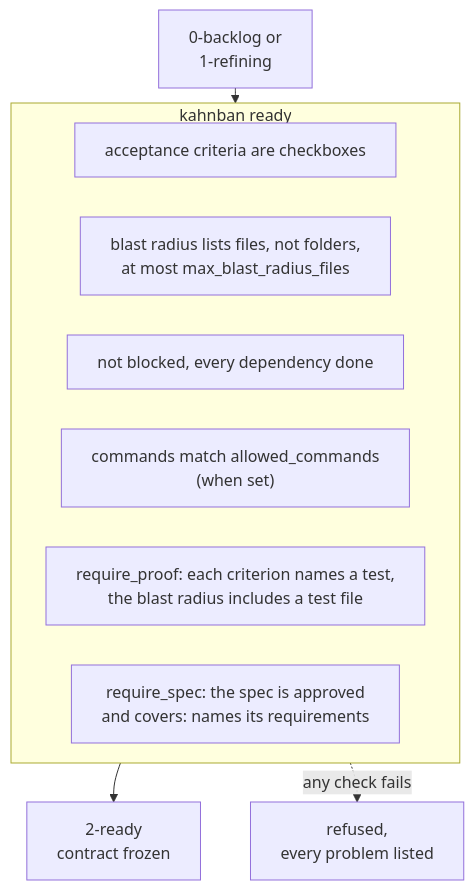
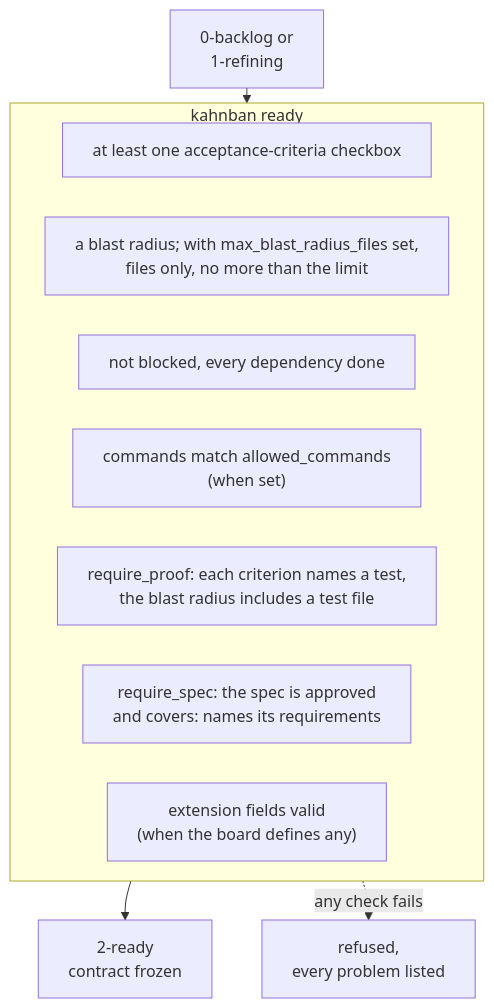
The first of 9 diagrams in docs/how-it-works.md (HeWhoRoams/Kahnban), drawn with Mermaid before and after one commit. The commit also changed other lines of this file and 1 other file, not shown here.

First line of the commit message:
docs: make the gate diagrams match the engine

````diff
--- a/docs/how-it-works.md
+++ b/docs/how-it-works.md
@@ -20,23 +20,24 @@
 ```mermaid
 ---
 config:
   flowchart:
     useMaxWidth: false
     rankSpacing: 15
     wrappingWidth: 400
 ---
 flowchart TD
   from["0-backlog or<br/>1-refining"] --> gate
   subgraph gate["kahnban ready"]
     direction TB
-    r1["acceptance criteria are checkboxes"]
-    r2["blast radius lists files, not folders,<br/>at most max_blast_radius_files"]
+    r1["at least one acceptance-criteria checkbox"]
+    r2["a blast radius; with max_blast_radius_files set,<br/>files only, no more than the limit"]
     r3["not blocked, every dependency done"]
     r4["commands match allowed_commands<br/>(when set)"]
     r5["require_proof: each criterion names a test,<br/>the blast radius includes a test file"]
     r6["require_spec: the spec is approved<br/>and covers: names its requirements"]
-    r1 ~~~ r2 ~~~ r3 ~~~ r4 ~~~ r5 ~~~ r6
+    r7["extension fields valid<br/>(when the board defines any)"]
+    r1 ~~~ r2 ~~~ r3 ~~~ r4 ~~~ r5 ~~~ r6 ~~~ r7
   end
   gate --> to["2-ready<br/>contract frozen"]
   gate -.->|any check fails| stay["refused,<br/>every problem listed"]
 ```
````
